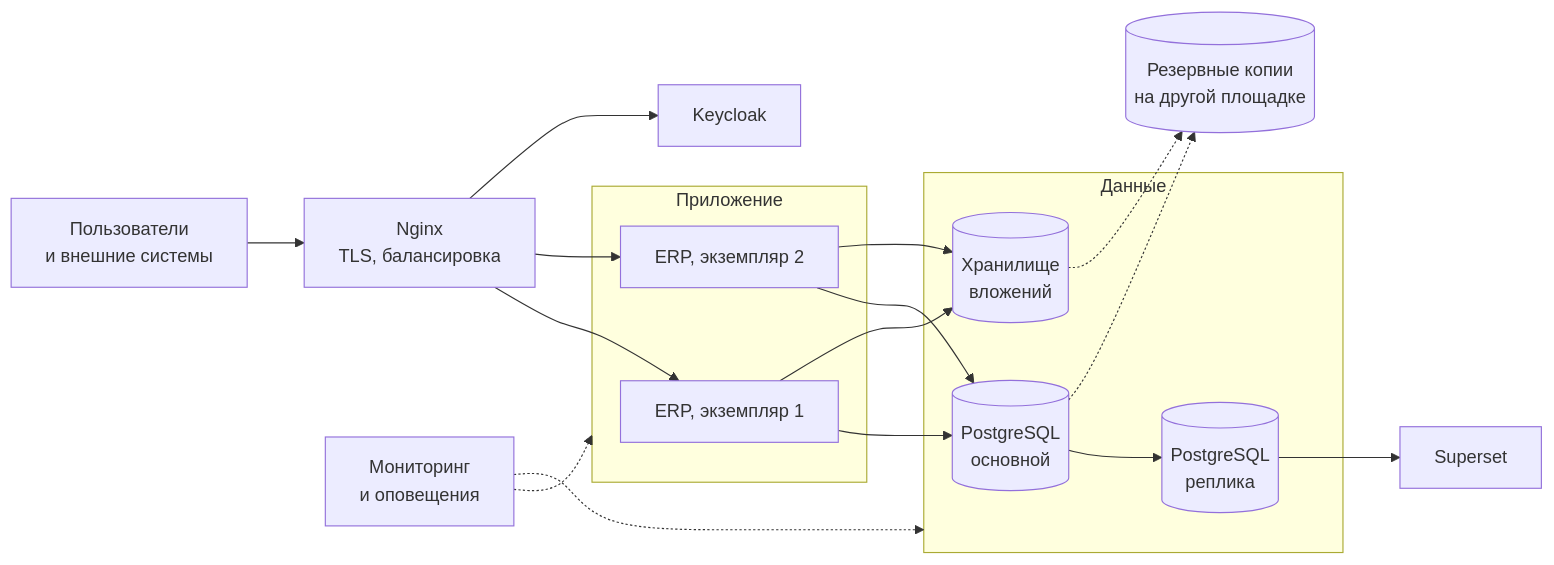
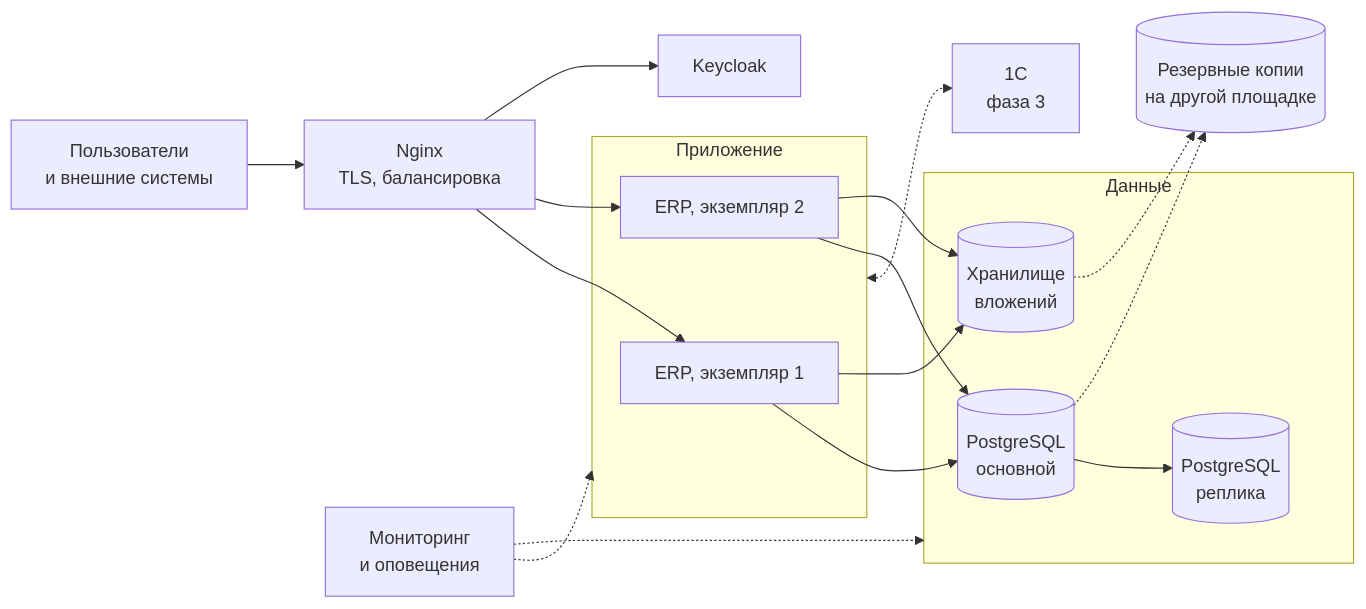
Before and after one commit to kvg20051/erp: the diagram in STACK.md, drawn with Mermaid. The commit also changed other lines of this file, not shown here.

````diff
--- a/STACK.md
+++ b/STACK.md
@@ -63,34 +100,34 @@
 ```mermaid
 flowchart LR
     U["Пользователи<br/>и внешние системы"] --> N["Nginx<br/>TLS, балансировка"]
 
     subgraph app["Приложение"]
         A1["ERP, экземпляр 1"]
         A2["ERP, экземпляр 2"]
     end
 
     subgraph data["Данные"]
         PG[("PostgreSQL<br/>основной")]
         PR[("PostgreSQL<br/>реплика")]
         S3[("Хранилище<br/>вложений")]
     end
 
     KC["Keycloak"]
-    BI["Superset"]
+    C1["1С<br/>фаза 3"]
     BK[("Резервные копии<br/>на другой площадке")]
     MON["Мониторинг<br/>и оповещения"]
 
     N --> A1
     N --> A2
     N --> KC
     A1 --> PG
     A2 --> PG
     A1 --> S3
     A2 --> S3
     PG --> PR
-    PR --> BI
+    app <-.-> C1
     PG -.-> BK
     S3 -.-> BK
     MON -.-> app
     MON -.-> data
 ```
````
